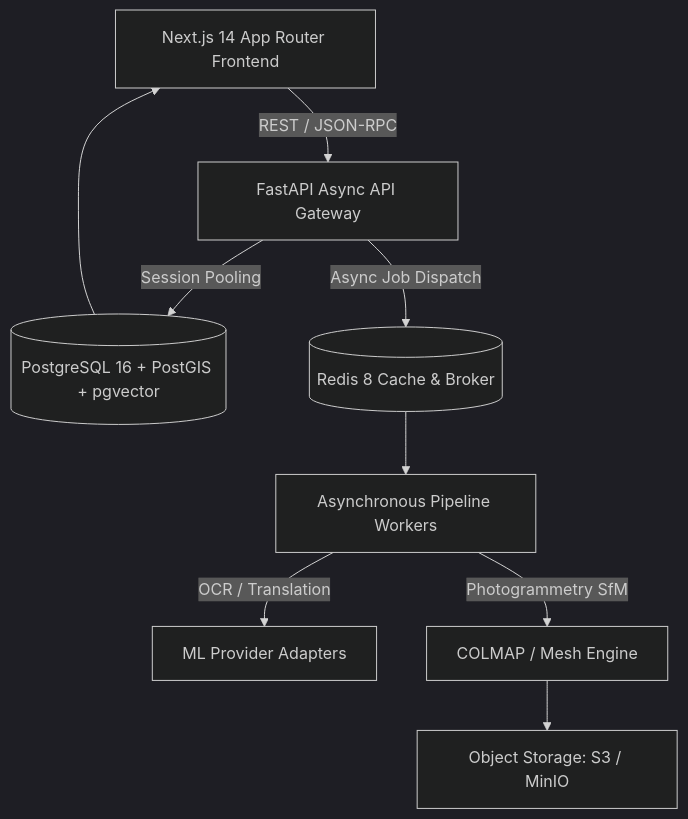
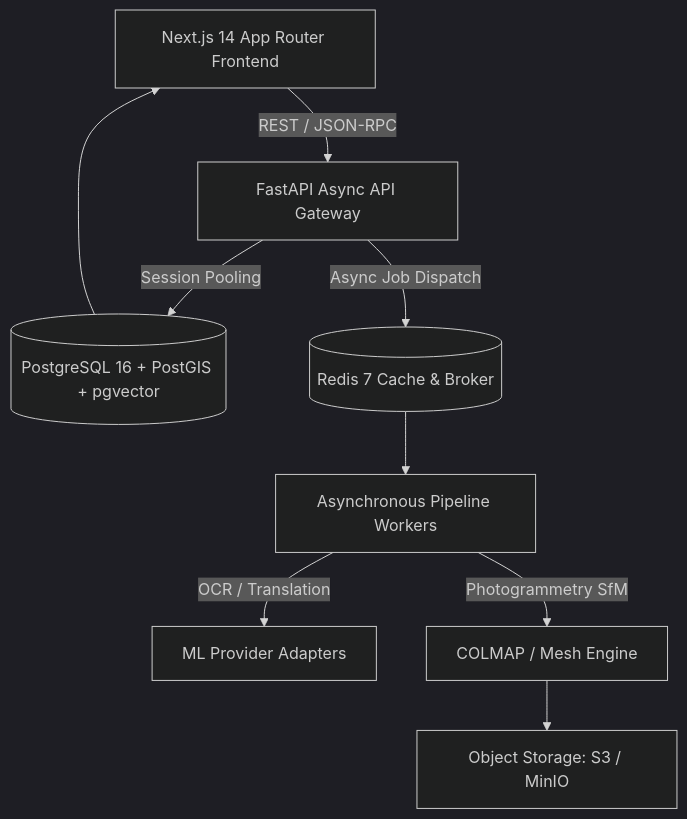
Before and after one commit to ramng-rgb/DHAROHAR-ATLAS: the first of 2 diagrams in docs/architecture.md, drawn with Mermaid (dark theme). The commit also changed other lines of this file and 2 other files, not shown here.

Commit message:
docs(hardening): complete Phase A system design specification and design review

````diff
--- a/docs/architecture.md
+++ b/docs/architecture.md
@@ -7,11 +7,11 @@
 ```mermaid
 graph TD
     Client[Next.js 14 App Router Frontend] -->|REST / JSON-RPC| API[FastAPI Async API Gateway]
     API -->|Session Pooling| DB[(PostgreSQL 16 + PostGIS + pgvector)]
-    API -->|Async Job Dispatch| Redis[(Redis 8 Cache & Broker)]
+    API -->|Async Job Dispatch| Redis[(Redis 7 Cache & Broker)]
     Redis --> Worker[Asynchronous Pipeline Workers]
     Worker -->|OCR / Translation| Adapters[ML Provider Adapters]
     Worker -->|Photogrammetry SfM| 3DProc[COLMAP / Mesh Engine]
     3DProc --> Storage[Object Storage: S3 / MinIO]
     DB --> Client
 ```
````
